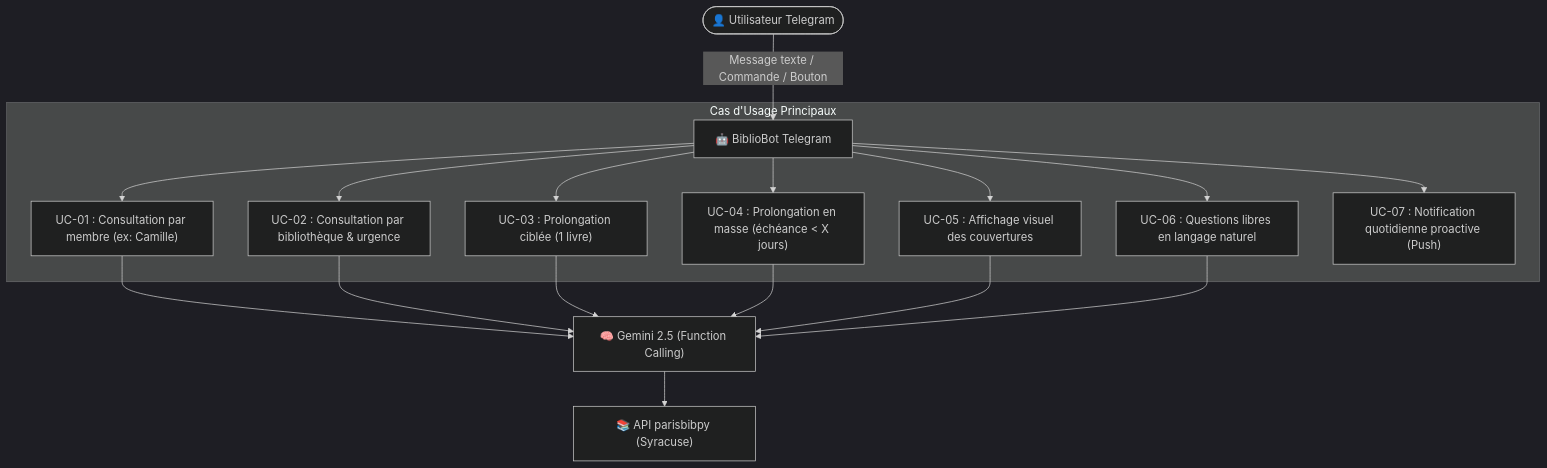
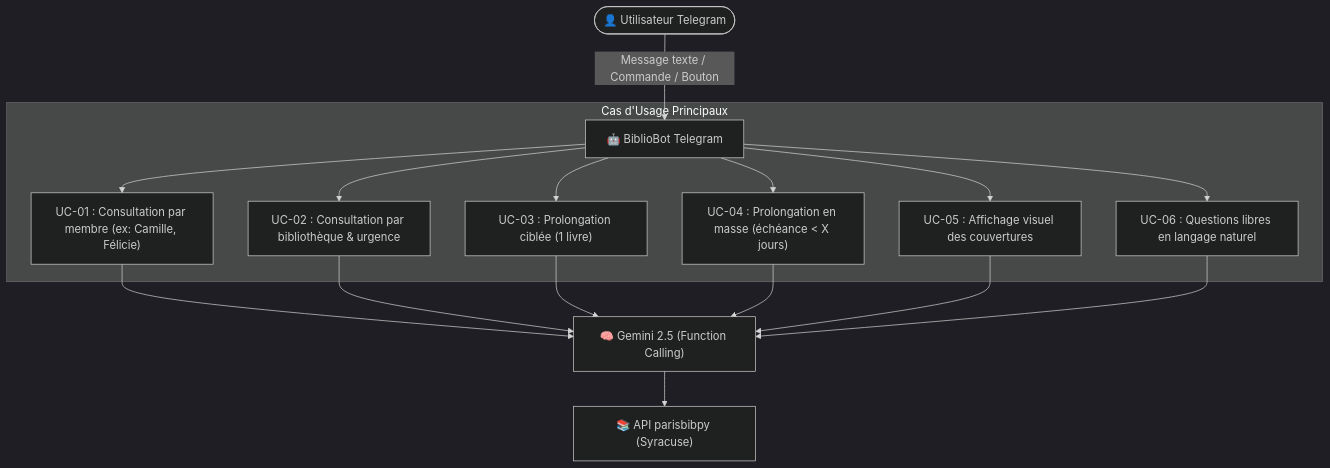
The diagram in USE_CASES.md (botalla/telegram-bib-bot), drawn with Mermaid (dark theme) before and after one commit. The commit also changed other lines of this file and 1 other file, not shown here.

````diff
--- a/USE_CASES.md
+++ b/USE_CASES.md
@@ -32,17 +32,16 @@
 ```mermaid
 flowchart TD
     User([👤 Utilisateur Telegram]) -->|Message texte / Commande / Bouton| Bot[🤖 BiblioBot Telegram]
     
     subgraph "Cas d'Usage Principaux"
-        Bot --> UC1["UC-01 : Consultation par membre (ex: Camille)"]
+        Bot --> UC1["UC-01 : Consultation par membre (ex: Camille, Félicie)"]
         Bot --> UC2["UC-02 : Consultation par bibliothèque & urgence"]
         Bot --> UC3["UC-03 : Prolongation ciblée (1 livre)"]
         Bot --> UC4["UC-04 : Prolongation en masse (échéance < X jours)"]
         Bot --> UC5["UC-05 : Affichage visuel des couvertures"]
         Bot --> UC6["UC-06 : Questions libres en langage naturel"]
-        Bot --> UC7["UC-07 : Notification quotidienne proactive (Push)"]
     end
     
     UC1 & UC2 & UC3 & UC4 & UC5 & UC6 --> Gemini["🧠 Gemini 2.5 (Function Calling)"]
     Gemini --> ParisBib["📚 API parisbibpy (Syracuse)"]
 ```
````
